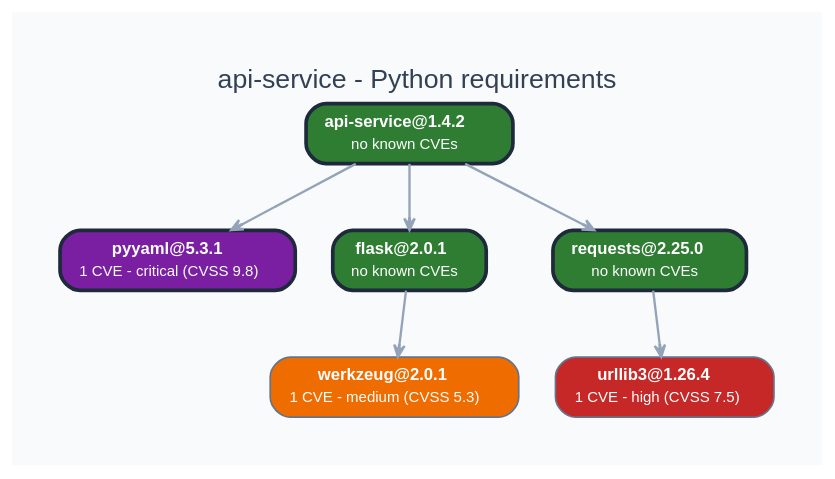
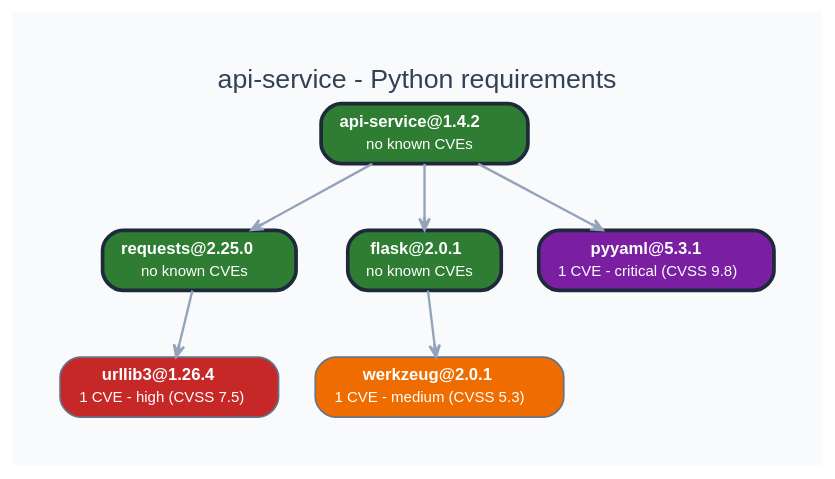
One commit to vulnex/usecvislib-gallery changed the diagram in 13 Vulnerability Tree/python_requirements (tml)/vulnerable_only__graphviz.dot. Above: the diagram before and after it, drawn with Graphviz. The commit also changed 333 other files, not shown here.

```diff
--- a/13 Vulnerability Tree/python_requirements (tml)/vulnerable_only__graphviz.dot
+++ b/13 Vulnerability Tree/python_requirements (tml)/vulnerable_only__graphviz.dot
@@ -1,121 +1,121 @@
 digraph "api-service - Python requirements" {
 	graph [bb="0,0,428,214",
 		bgcolor="#f8fafc",
 		fontcolor="#334155",
 		fontname=Helvetica,
 		fontsize=16,
 		label="api-service - Python requirements",
 		labelloc=t,
 		lheight=0.25,
 		lp="214,201",
 		lwidth=3.81,
 		nodesep=0.3,
 		pad=0.4,
 		rankdir=TB,
 		ranksep=0.55
 	];
 	node [label="\N"];
 	"api-service"	[color="#1e293b",
 		fillcolor="#2e7d32",
 		fontcolor="#ffffff",
 		fontname=Helvetica,
 		fontsize=10,
 		height=0.5,
 		label=<<TABLE BORDER="0" CELLBORDER="0" CELLSPACING="0" CELLPADDING="1"><TR><TD><B>api-service@1.4.2</B></TD></TR><TR><TD><FONT POINT-SIZE="9">no known CVEs</FONT></TD></TR></TABLE>>,
 		margin="0.14,0.07",
 		penwidth=2.2,
-		pos="209.5,170",
+		pos="218.5,170",
 		shape=box,
 		style="rounded,filled",
 		width=1.7222];
+	requests	[color="#1e293b",
+		fillcolor="#2e7d32",
+		fontcolor="#ffffff",
+		fontname=Helvetica,
+		fontsize=10,
+		height=0.5,
+		label=<<TABLE BORDER="0" CELLBORDER="0" CELLSPACING="0" CELLPADDING="1"><TR><TD><B>requests@2.25.0</B></TD></TR><TR><TD><FONT POINT-SIZE="9">no known CVEs</FONT></TD></TR></TABLE>>,
+		margin="0.14,0.07",
+		penwidth=2.2,
+		pos="83.5,94",
+		shape=box,
+		style="rounded,filled",
+		width=1.6111];
+	"api-service" -> requests	[arrowhead=vee,
+		arrowsize=0.7,
+		color="#94a3b8",
+		penwidth=1.4,
+		pos="e,114.64,112.07 187.19,151.84 167.42,141 141.78,126.95 120.94,115.52"];
+	flask	[color="#1e293b",
+		fillcolor="#2e7d32",
+		fontcolor="#ffffff",
+		fontname=Helvetica,
+		fontsize=10,
+		height=0.5,
+		label=<<TABLE BORDER="0" CELLBORDER="0" CELLSPACING="0" CELLPADDING="1"><TR><TD><B>flask@2.0.1</B></TD></TR><TR><TD><FONT POINT-SIZE="9">no known CVEs</FONT></TD></TR></TABLE>>,
+		margin="0.14,0.07",
+		penwidth=2.2,
+		pos="218.5,94",
+		shape=box,
+		style="rounded,filled",
+		width=1.2778];
+	"api-service" -> flask	[arrowhead=vee,
+		arrowsize=0.7,
+		color="#94a3b8",
+		penwidth=1.4,
+		pos="e,218.5,112.07 218.5,151.84 218.5,142.12 218.5,129.82 218.5,119.15"];
 	pyyaml	[color="#1e293b",
 		fillcolor="#7b1fa2",
 		fontcolor="#ffffff",
 		fontname=Helvetica,
 		fontsize=10,
 		height=0.5,
 		label=<<TABLE BORDER="0" CELLBORDER="0" CELLSPACING="0" CELLPADDING="1"><TR><TD><B>pyyaml@5.3.1</B></TD></TR><TR><TD><FONT POINT-SIZE="9">1 CVE - critical (CVSS 9.8)</FONT></TD></TR></TABLE>>,
 		margin="0.14,0.07",
 		penwidth=2.2,
-		pos="70.5,94",
+		pos="357.5,94",
 		shape=box,
 		style="rounded,filled",
 		width=1.9583];
 	"api-service" -> pyyaml	[arrowhead=vee,
 		arrowsize=0.7,
 		color="#94a3b8",
 		penwidth=1.4,
-		pos="e,102.56,112.07 177.26,151.84 156.82,140.96 130.28,126.83 108.77,115.38"];
-	flask	[color="#1e293b",
-		fillcolor="#2e7d32",
-		fontcolor="#ffffff",
-		fontname=Helvetica,
-		fontsize=10,
-		height=0.5,
-		label=<<TABLE BORDER="0" CELLBORDER="0" CELLSPACING="0" CELLPADDING="1"><TR><TD><B>flask@2.0.1</B></TD></TR><TR><TD><FONT POINT-SIZE="9">no known CVEs</FONT></TD></TR></TABLE>>,
-		margin="0.14,0.07",
-		penwidth=2.2,
-		pos="209.5,94",
-		shape=box,
-		style="rounded,filled",
-		width=1.2778];
-	"api-service" -> flask	[arrowhead=vee,
-		arrowsize=0.7,
-		color="#94a3b8",
-		penwidth=1.4,
-		pos="e,209.5,112.07 209.5,151.84 209.5,142.12 209.5,129.82 209.5,119.15"];
-	requests	[color="#1e293b",
-		fillcolor="#2e7d32",
-		fontcolor="#ffffff",
-		fontname=Helvetica,
-		fontsize=10,
-		height=0.5,
-		label=<<TABLE BORDER="0" CELLBORDER="0" CELLSPACING="0" CELLPADDING="1"><TR><TD><B>requests@2.25.0</B></TD></TR><TR><TD><FONT POINT-SIZE="9">no known CVEs</FONT></TD></TR></TABLE>>,
-		margin="0.14,0.07",
-		penwidth=2.2,
-		pos="353.5,94",
-		shape=box,
-		style="rounded,filled",
-		width=1.6111];
-	"api-service" -> requests	[arrowhead=vee,
-		arrowsize=0.7,
-		color="#94a3b8",
-		penwidth=1.4,
-		pos="e,320.28,112.07 242.9,151.84 264.07,140.96 291.57,126.83 313.85,115.38"];
+		pos="e,325.44,112.07 250.74,151.84 271.18,140.96 297.72,126.83 319.23,115.38"];
 	urllib3	[color="#64748b",
 		fillcolor="#c62828",
 		fontcolor="#ffffff",
 		fontname=Helvetica,
 		fontsize=10,
 		height=0.5,
 		label=<<TABLE BORDER="0" CELLBORDER="0" CELLSPACING="0" CELLPADDING="1"><TR><TD><B>urllib3@1.26.4</B></TD></TR><TR><TD><FONT POINT-SIZE="9">1 CVE - high (CVSS 7.5)</FONT></TD></TR></TABLE>>,
 		margin="0.14,0.07",
 		penwidth=1,
-		pos="362.5,18",
+		pos="65.5,18",
 		shape=box,
 		style="rounded,filled",
 		width=1.8194];
+	requests -> urllib3	[arrowhead=vee,
+		arrowsize=0.7,
+		color="#94a3b8",
+		penwidth=1.4,
+		pos="e,69.652,36.07 79.325,75.837 76.962,66.124 73.97,53.821 71.374,43.147"];
 	werkzeug	[color="#64748b",
 		fillcolor="#ef6c00",
 		fontcolor="#ffffff",
 		fontname=Helvetica,
 		fontsize=10,
 		height=0.5,
 		label=<<TABLE BORDER="0" CELLBORDER="0" CELLSPACING="0" CELLPADDING="1"><TR><TD><B>werkzeug@2.0.1</B></TD></TR><TR><TD><FONT POINT-SIZE="9">1 CVE - medium (CVSS 5.3)</FONT></TD></TR></TABLE>>,
 		margin="0.14,0.07",
 		penwidth=1,
-		pos="200.5,18",
+		pos="227.5,18",
 		shape=box,
 		style="rounded,filled",
 		width=2.0694];
 	flask -> werkzeug	[arrowhead=vee,
 		arrowsize=0.7,
 		color="#94a3b8",
 		penwidth=1.4,
-		pos="e,202.58,36.07 207.41,75.837 206.23,66.124 204.73,53.821 203.44,43.147"];
-	requests -> urllib3	[arrowhead=vee,
-		arrowsize=0.7,
-		color="#94a3b8",
-		penwidth=1.4,
-		pos="e,360.42,36.07 355.59,75.837 356.77,66.124 358.27,53.821 359.56,43.147"];
+		pos="e,225.42,36.07 220.59,75.837 221.77,66.124 223.27,53.821 224.56,43.147"];
 }
```
